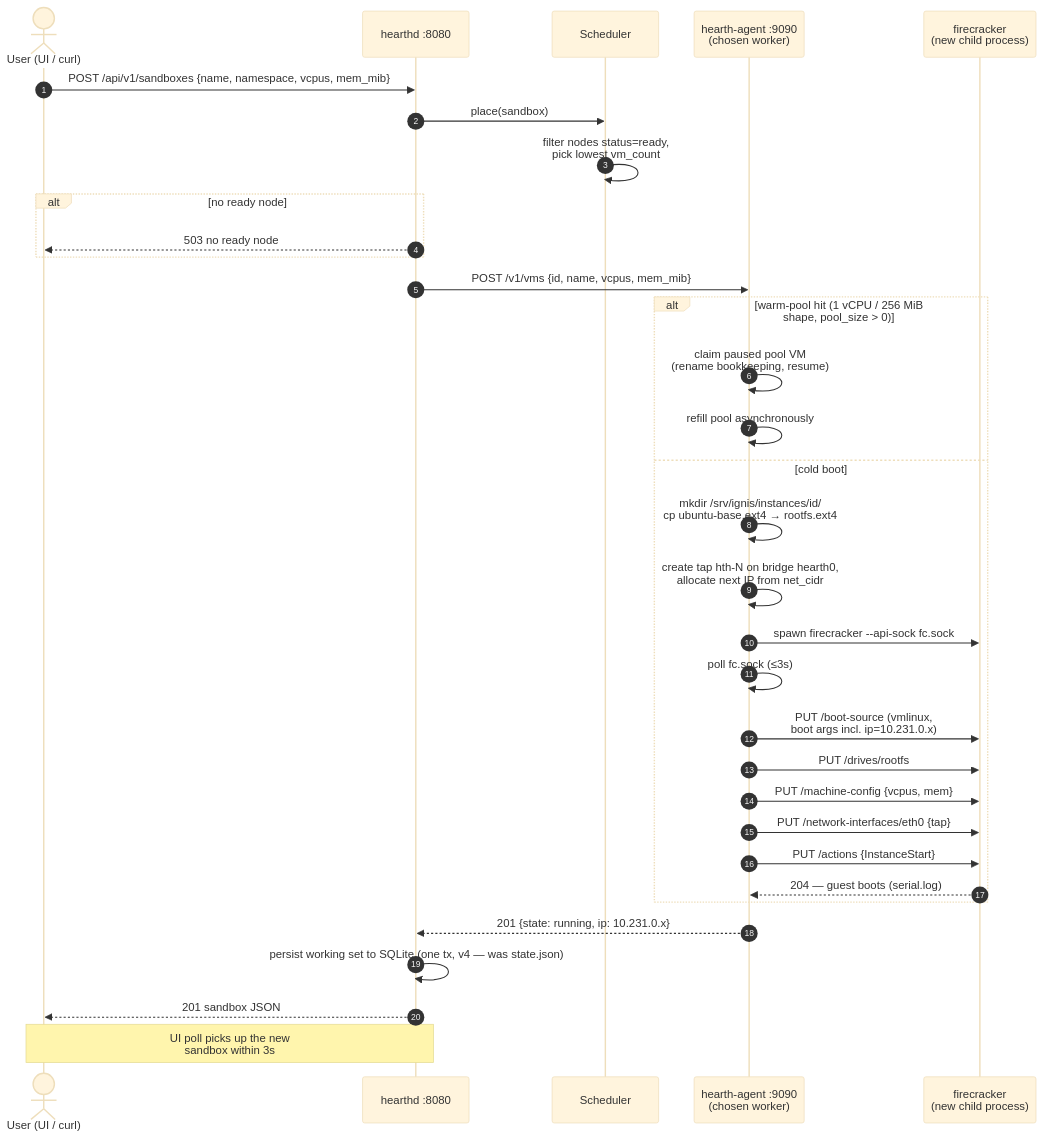
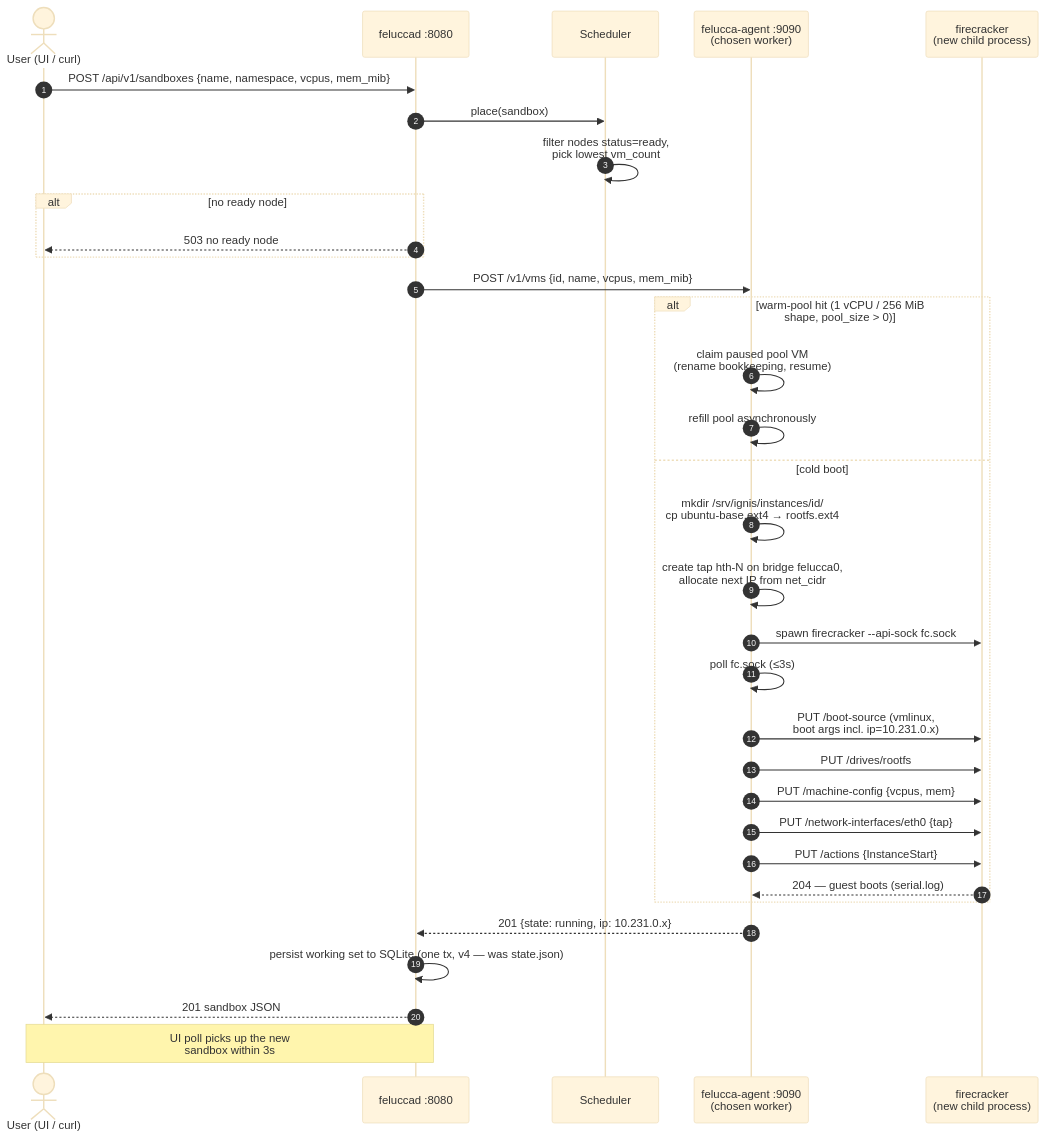
One commit to Sodoko-dev/felucca changed the fifth of 11 diagrams in docs/ARCHITECTURE.md. Above: the diagram before and after it, drawn with Mermaid (base theme). The commit also changed other lines of this file and 192 other files, not shown here.

````diff
--- a/docs/ARCHITECTURE.md
+++ b/docs/ARCHITECTURE.md
@@ -226,36 +226,36 @@
 ```mermaid
 sequenceDiagram
     autonumber
     actor U as User (UI / curl)
-    participant H as hearthd :8080
+    participant H as feluccad :8080
     participant S as Scheduler
-    participant A as hearth-agent :9090<br/>(chosen worker)
+    participant A as felucca-agent :9090<br/>(chosen worker)
     participant F as firecracker<br/>(new child process)
 
     U->>H: POST /api/v1/sandboxes {name, namespace, vcpus, mem_mib}
     H->>S: place(sandbox)
     S->>S: filter nodes status=ready,<br/>pick lowest vm_count
     alt no ready node
         H-->>U: 503 no ready node
     end
     H->>A: POST /v1/vms {id, name, vcpus, mem_mib}
     alt warm-pool hit (1 vCPU / 256 MiB shape, pool_size > 0)
         A->>A: claim paused pool VM<br/>(rename bookkeeping, resume)
         A->>A: refill pool asynchronously
     else cold boot
         A->>A: mkdir /srv/ignis/instances/id/<br/>cp ubuntu-base.ext4 → rootfs.ext4
-        A->>A: create tap hth-N on bridge hearth0,<br/>allocate next IP from net_cidr
+        A->>A: create tap hth-N on bridge felucca0,<br/>allocate next IP from net_cidr
         A->>F: spawn firecracker --api-sock fc.sock
         A->>A: poll fc.sock (≤3s)
         A->>F: PUT /boot-source (vmlinux,<br/>boot args incl. ip=10.231.0.x)
         A->>F: PUT /drives/rootfs
         A->>F: PUT /machine-config {vcpus, mem}
         A->>F: PUT /network-interfaces/eth0 {tap}
         A->>F: PUT /actions {InstanceStart}
         F-->>A: 204 — guest boots (serial.log)
     end
     A-->>H: 201 {state: running, ip: 10.231.0.x}
     H->>H: persist working set to SQLite (one tx, v4 — was state.json)
     H-->>U: 201 sandbox JSON
     Note over U,H: UI poll picks up the new<br/>sandbox within 3s
 ```
````
